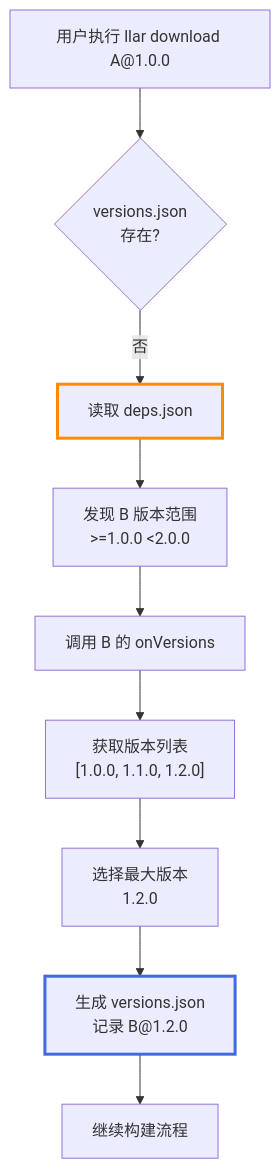
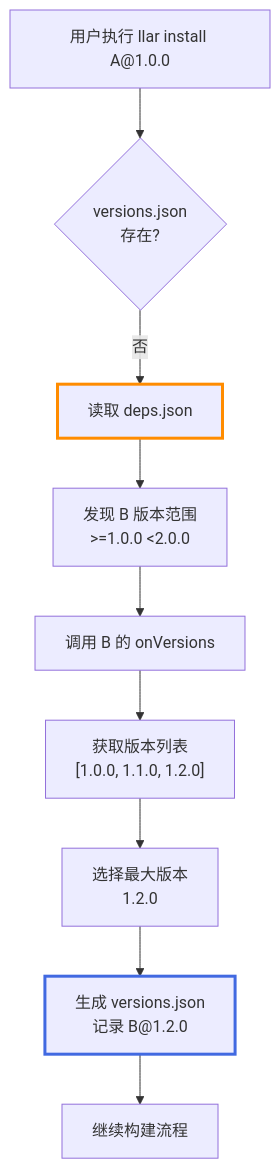
Before and after one commit to goplus/llar: the seventh of 13 diagrams in docs/version-management-user-stories.md, drawn with Mermaid. The commit also changed other lines of this file and 3 other files, not shown here.

````diff
--- a/docs/version-management-user-stories.md
+++ b/docs/version-management-user-stories.md
@@ -453,14 +453,14 @@
 ```mermaid
 graph TD
-A["用户执行 llar download A@1.0.0"] --> B{"versions.json<br/>存在?"}
+A["用户执行 llar install A@1.0.0"] --> B{"versions.json<br/>存在?"}
 B -- "否" --> C["读取 deps.json"]
 C --> D["发现 B 版本范围<br/>>=1.0.0 <2.0.0"]
 D --> E["调用 B 的 onVersions"]
 E --> F["获取版本列表<br/>[1.0.0, 1.1.0, 1.2.0]"]
 F --> G["选择最大版本<br/>1.2.0"]
 G --> H["生成 versions.json<br/>记录 B@1.2.0"]
 H --> I["继续构建流程"]
 
 style C stroke:#FF8C00,stroke-width:3px
 style H stroke:#4169E1,stroke-width:3px
 ```
````
